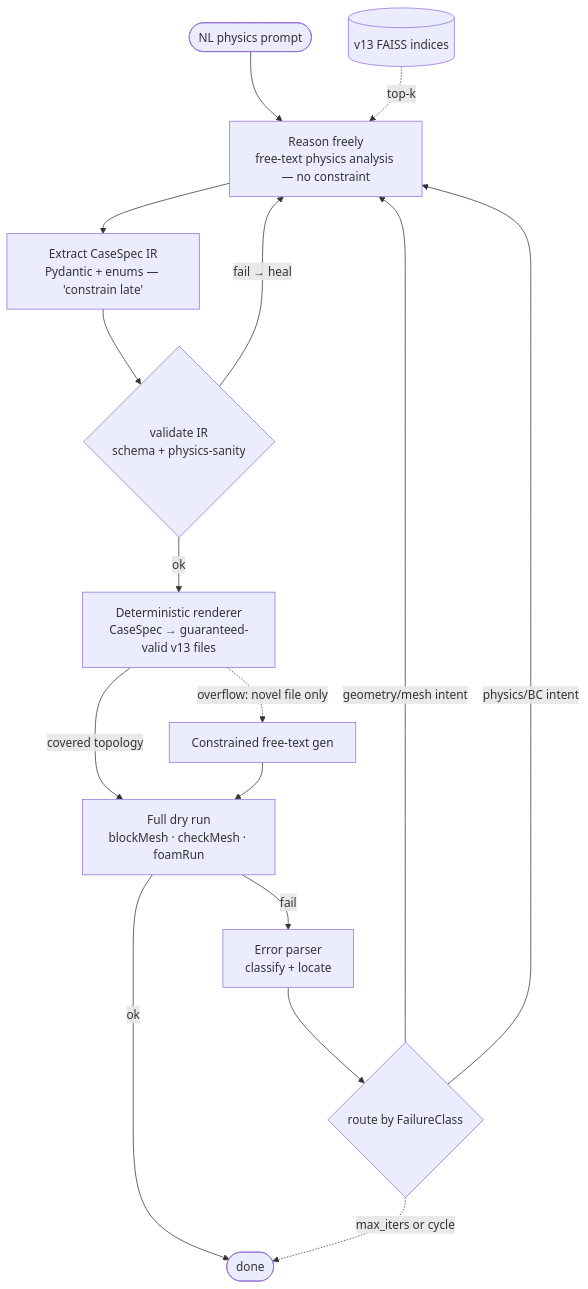
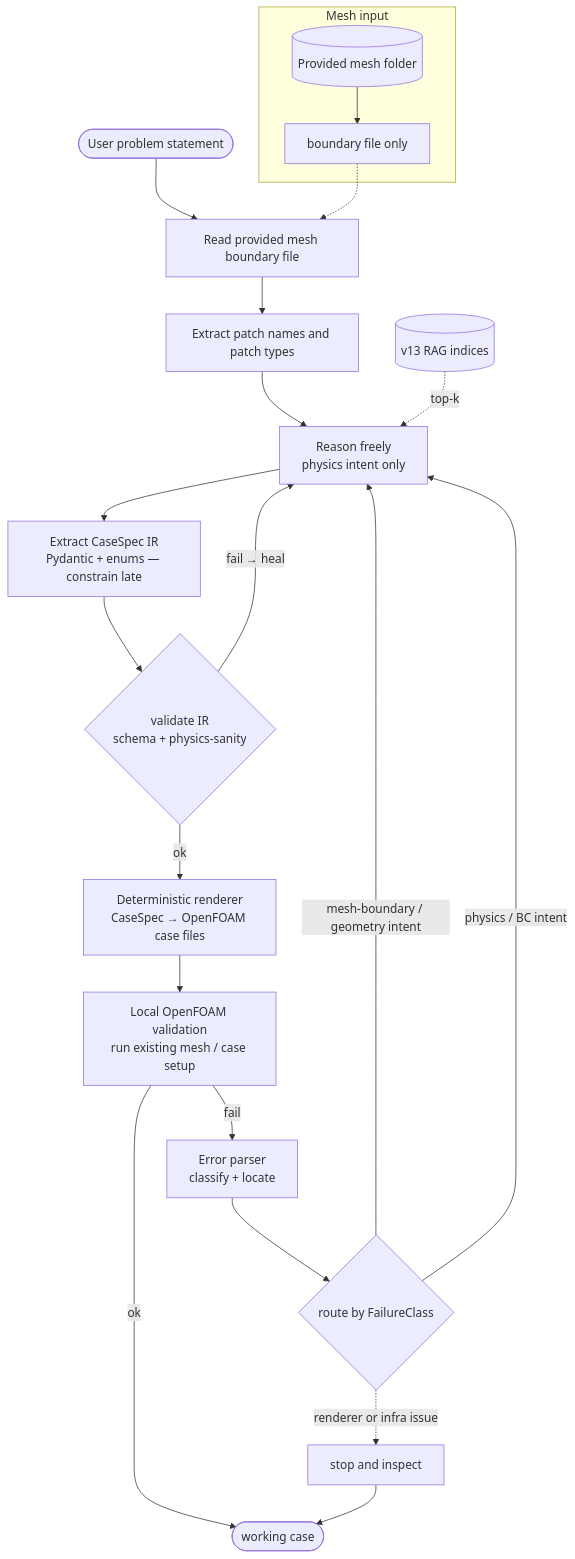
One commit to KarimmYasser/NU-research-intern changed the diagram in docs/phase-ii-architecture.md. Above: the diagram before and after it, drawn with Mermaid. The commit also changed other lines of this file and 14 other files, not shown here.

First line of the commit message:
feat: Implement external mesh handling in OpenFOAM pipeline

````diff
--- a/docs/phase-ii-architecture.md
+++ b/docs/phase-ii-architecture.md
@@ -37,18 +38,27 @@
 ```mermaid
-flowchart TB
-    NL([NL physics prompt]) --> REASON[Reason freely\nfree-text physics analysis — no constraint]
-    RAG[(v13 FAISS indices)] -.->|top-k| REASON
-    REASON --> SPEC[Extract CaseSpec IR\nPydantic + enums — 'constrain late']
-    SPEC --> SV{validate IR\nschema + physics-sanity}
-    SV -->|fail → heal| REASON
-    SV -->|ok| REND[Deterministic renderer\nCaseSpec → guaranteed-valid v13 files]
-    REND -->|covered topology| RUN[Full dry run\nblockMesh · checkMesh · foamRun]
-    REND -.->|overflow: novel file only| GEN[Constrained free-text gen]
-    GEN --> RUN
-    RUN -->|ok| DONE([done])
-    RUN -->|fail| EP[Error parser\nclassify + locate]
-    EP --> REV{route by FailureClass}
-    REV -->|geometry/mesh intent| REASON
-    REV -->|physics/BC intent| REASON
-    REV -.->|max_iters or cycle| DONE
+    flowchart TB
+        NL([User problem statement]) --> READ[Read provided mesh boundary file]
+        READ --> PATCH[Extract patch names and patch types]
+        PATCH --> REASON[Reason freely\nphysics intent only]
+        RAG[(v13 RAG indices)] -.->|top-k| REASON
+        REASON --> SPEC[Extract CaseSpec IR\nPydantic + enums — constrain late]
+        SPEC --> SV{validate IR\nschema + physics-sanity}
+        SV -->|fail → heal| REASON
+        SV -->|ok| REND[Deterministic renderer\nCaseSpec → OpenFOAM case files]
+        REND --> RUN[Local OpenFOAM validation\nrun existing mesh / case setup]
+        RUN -->|ok| DONE([working case])
+        RUN -->|fail| EP[Error parser\nclassify + locate]
+        EP --> REV{route by FailureClass}
+        REV -->|mesh-boundary / geometry intent| REASON
+        REV -->|physics / BC intent| REASON
+        REV -.->|renderer or infra issue| STOP[stop and inspect]
+        STOP --> DONE
+
+        subgraph Mesh input
+            MESH[(Provided mesh folder)]
+            BOUNDARY[boundary file only]
+            MESH --> BOUNDARY
+        end
+
+        BOUNDARY -.-> READ
 ```
````
